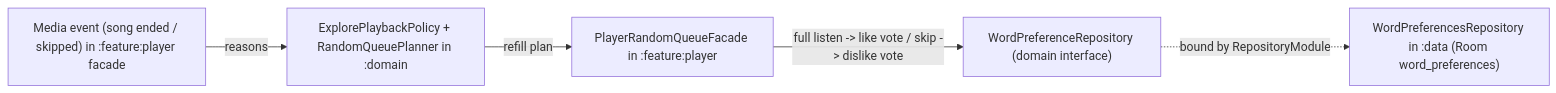
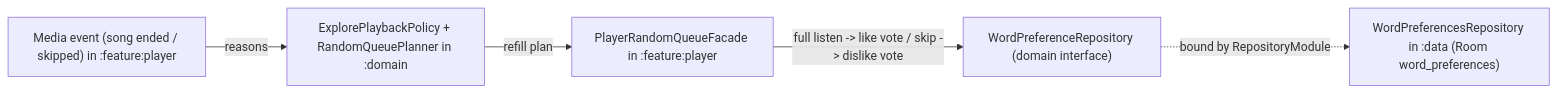
One commit to DefineMyCode/melody-in-heart-x changed the third of 3 diagrams in openwiki/architecture/module-graph.md. Above: the diagram before and after it, drawn with Mermaid. The commit also changed other lines of this file and 42 other files, not shown here.

````diff
--- a/openwiki/architecture/module-graph.md
+++ b/openwiki/architecture/module-graph.md
@@ -245,7 +296,7 @@
 ```mermaid
 flowchart LR
-    EV["Media event (song ended / skipped) in :feature:player facade"] -->|"reasons"| POL["ExplorePlaybackPolicy + RandomQueuePlanner in :domain"]
+    EV["Media event (song ended / skipped) in :feature:player"] -->|"reasons"| POL["ExplorePlaybackPolicy + RandomQueuePlanner in :domain"]
     POL -->|"refill plan"| FAC["PlayerRandomQueueFacade in :feature:player"]
     FAC -->|"full listen -> like vote / skip -> dislike vote"| POR["WordPreferenceRepository (domain interface)"]
     POR -.->|"bound by RepositoryModule"| WPR["WordPreferencesRepository in :data (Room word_preferences)"]
 ```
````
